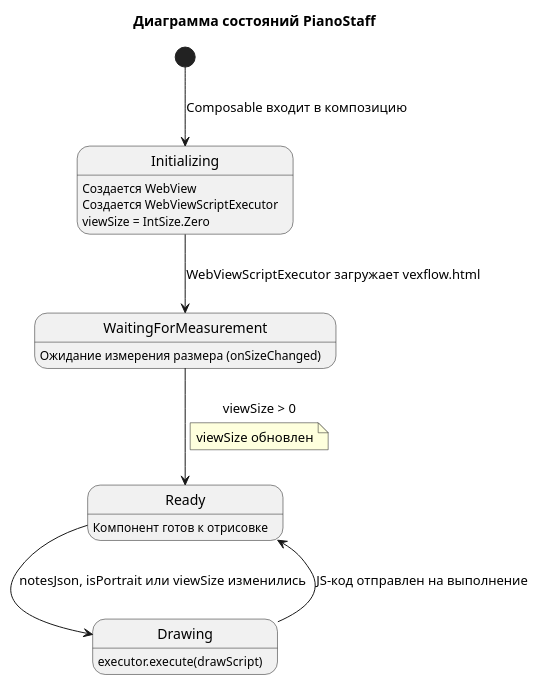
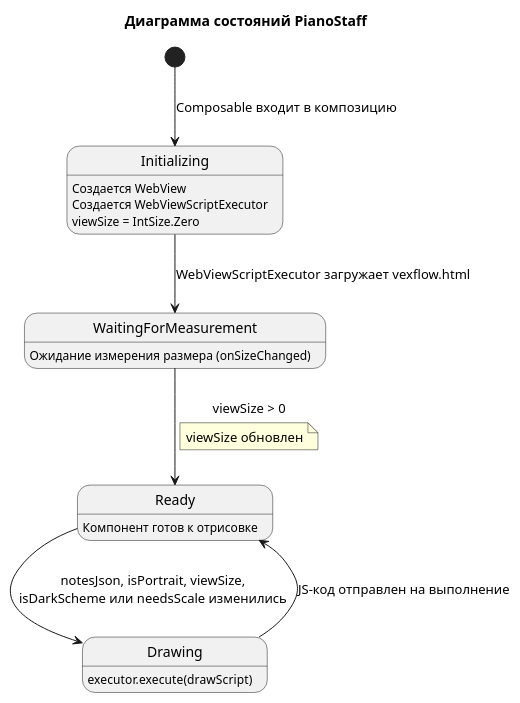
One commit to astrizhachuk/PianoFlow changed the ninth of 10 diagrams in docs/ru/specs/MIDI_MESSAGE_PROCESSING.md. Above: the diagram before and after it, drawn with PlantUML. The commit also changed other lines of this file and 1 other file, not shown here.

Commit message:
docs: обновить описание триггера отрисовки в спецификации обработки MIDI-сообщений для учета новых параметров

````diff
--- a/docs/ru/specs/MIDI_MESSAGE_PROCESSING.md
+++ b/docs/ru/specs/MIDI_MESSAGE_PROCESSING.md
@@ -490,31 +490,31 @@
 ```plantuml
 @startuml
 title Диаграмма состояний PianoStaff
 
 [*] --> Initializing : Composable входит в композицию
 
 state Initializing
 Initializing : Создается WebView
 Initializing : Создается WebViewScriptExecutor
 Initializing : viewSize = IntSize.Zero
 
 Initializing --> WaitingForMeasurement : WebViewScriptExecutor загружает vexflow.html
 
 state WaitingForMeasurement
 WaitingForMeasurement : Ожидание измерения размера (onSizeChanged)
 
 WaitingForMeasurement --> Ready : viewSize > 0
 note on link
   viewSize обновлен
 end note
 
 state Ready
 Ready : Компонент готов к отрисовке
 
 state Drawing
 Drawing : executor.execute(drawScript)
 
-Ready --> Drawing : notesJson, isPortrait или viewSize изменились
+Ready --> Drawing : notesJson, isPortrait, viewSize,\nisDarkScheme или needsScale изменились
 Drawing --> Ready : JS-код отправлен на выполнение
 @enduml
 ```
````
